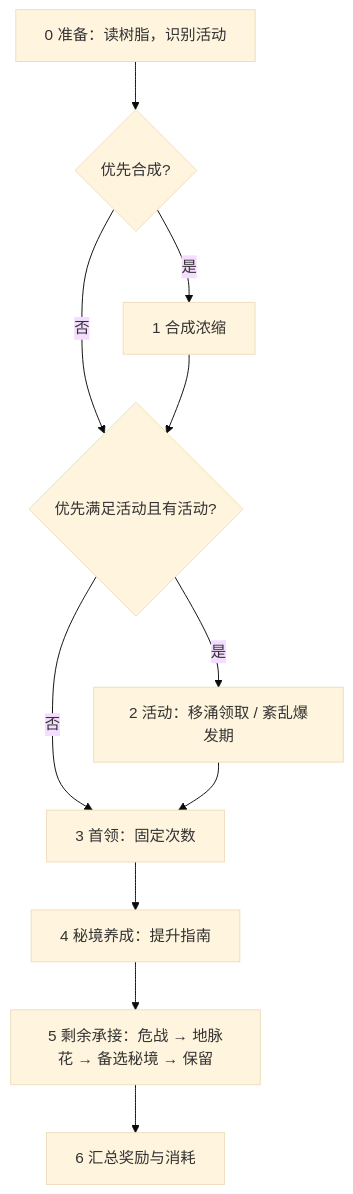
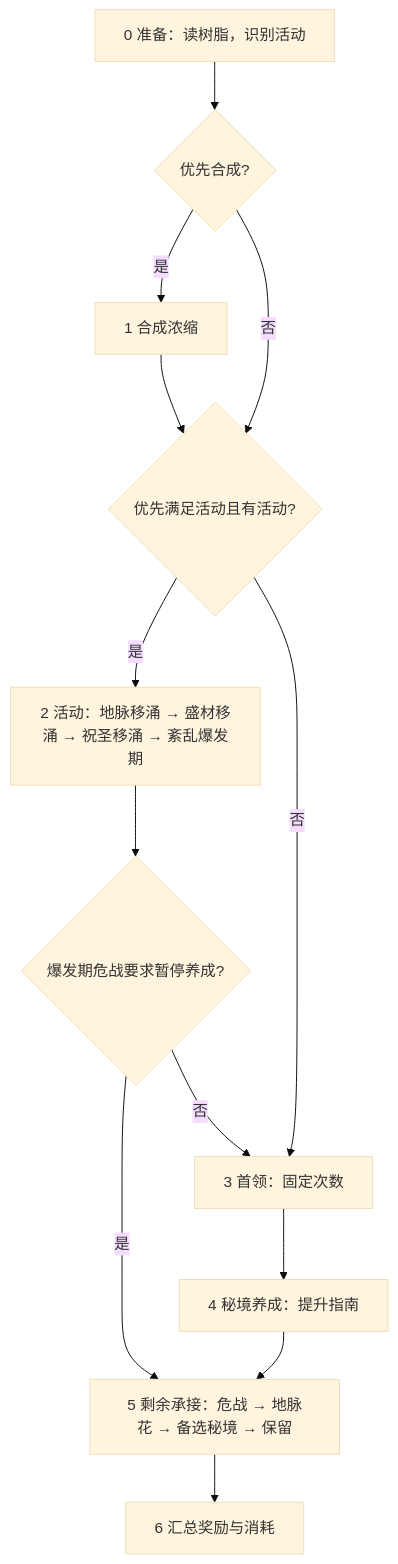
The first of 2 diagrams in Docs/design/pulonia/proposals/resin-plan.md (babalae/better-genshin-impact), drawn with Mermaid (base theme) before and after one commit. The commit also changed other lines of this file and 14 other files, not shown here.

````diff
--- a/Docs/design/pulonia/proposals/resin-plan.md
+++ b/Docs/design/pulonia/proposals/resin-plan.md
@@ -99,13 +101,15 @@
 ```mermaid
 flowchart TD
     P[0 准备：读树脂，识别活动] --> C{优先合成?}
     C -- 是 --> C1[1 合成浓缩]
     C -- 否 --> E
     C1 --> E{优先满足活动且有活动?}
-    E -- 是 --> E1[2 活动：移涌领取 / 紊乱爆发期]
+    E -- 是 --> E1[2 活动：地脉移涌 → 盛材移涌 → 祝圣移涌 → 紊乱爆发期]
     E -- 否 --> B
-    E1 --> B[3 首领：固定次数]
-    B --> D[4 秘境养成：提升指南]
+    E1 --> X{爆发期危战要求暂停养成?}
+    X -- 是 --> R
+    X -- 否 --> B
+    B[3 首领：固定次数] --> D[4 秘境养成：提升指南]
     D --> R[5 剩余承接：危战 → 地脉花 → 备选秘境 → 保留]
     R --> S[6 汇总奖励与消耗]
 ```
````
